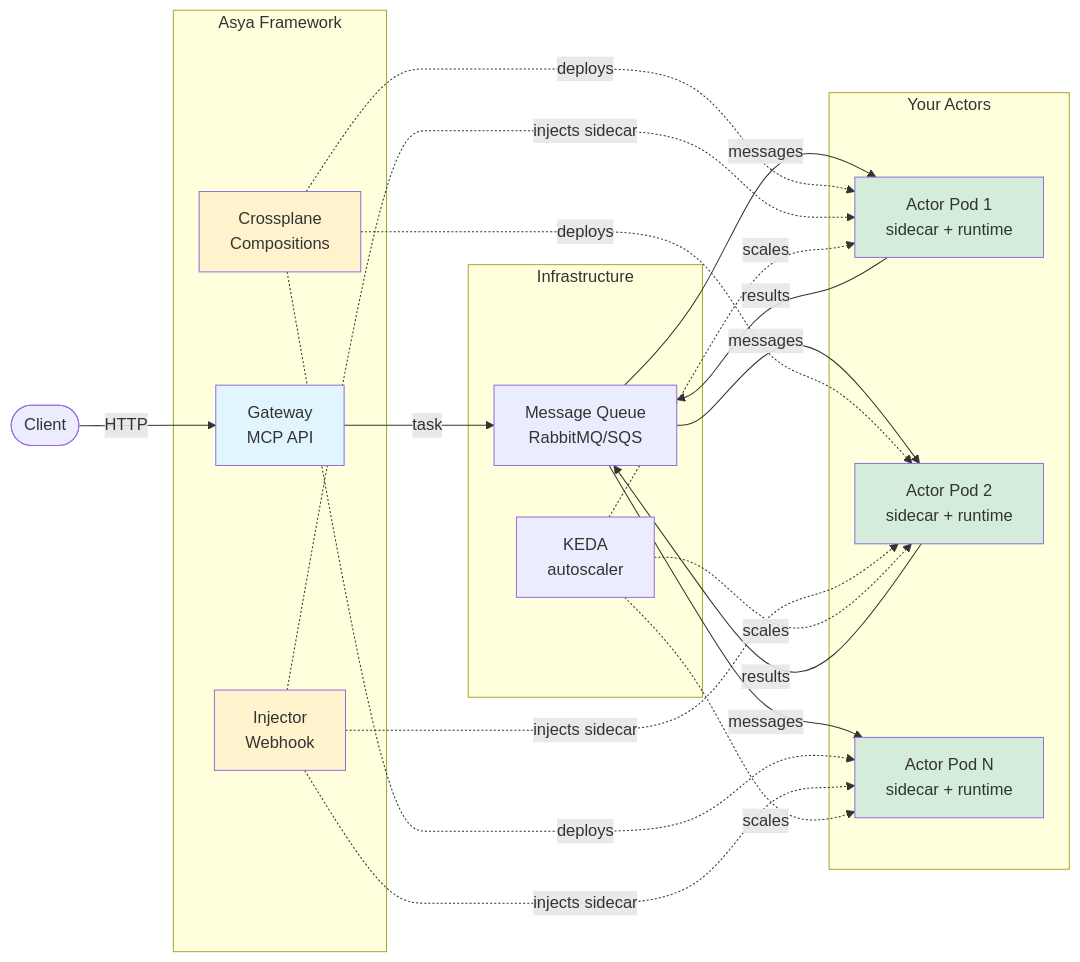
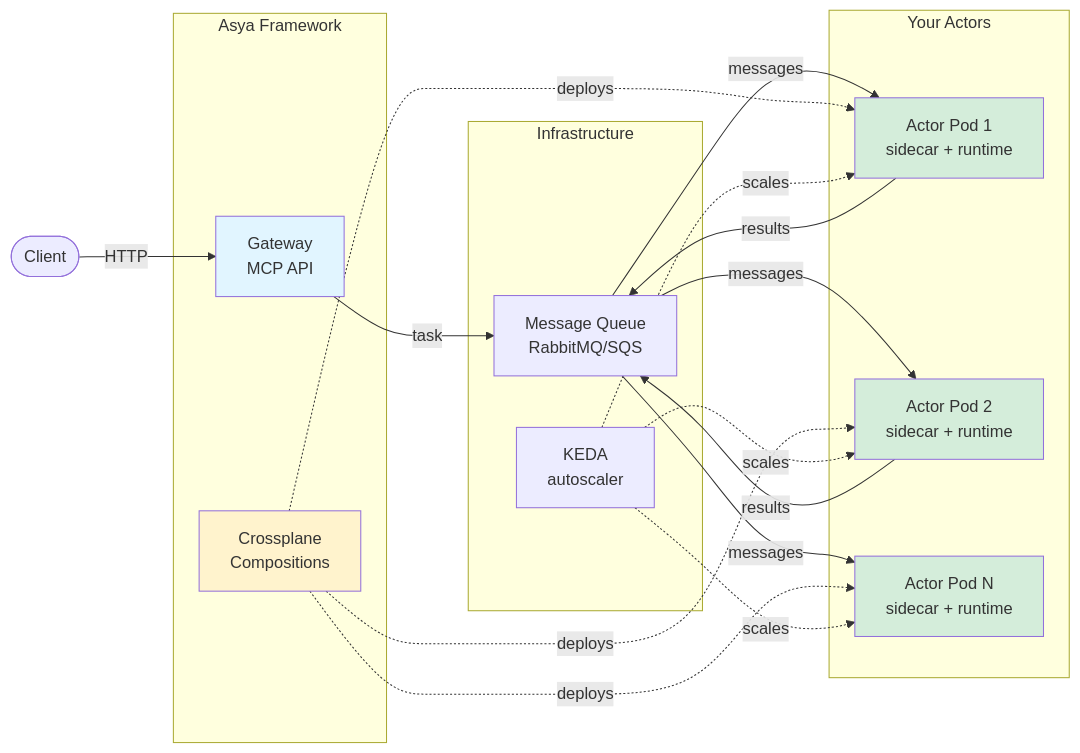
The diagram in docs/architecture/README.md (deliveryhero/asya), drawn with Mermaid before and after one commit. The commit also changed other lines of this file and 65 other files, not shown here.

````diff
--- a/docs/architecture/README.md
+++ b/docs/architecture/README.md
@@ -7,46 +7,41 @@
 ```mermaid
 graph LR
     Client([Client])
 
     subgraph "Asya Framework"
         Gateway[Gateway<br/>MCP API]
         Crossplane[Crossplane<br/>Compositions]
-        Injector[Injector<br/>Webhook]
     end
 
     subgraph "Your Actors"
         A1[Actor Pod 1<br/>sidecar + runtime]
         A2[Actor Pod 2<br/>sidecar + runtime]
         A3[Actor Pod N<br/>sidecar + runtime]
     end
 
     subgraph "Infrastructure"
         MQ[Message Queue<br/>RabbitMQ/SQS]
         KEDA[KEDA<br/>autoscaler]
     end
 
     Client -->|HTTP| Gateway
     Gateway -->|task| MQ
     MQ -->|messages| A1
     A1 -->|results| MQ
     MQ -->|messages| A2
     A2 -->|results| MQ
     MQ -->|messages| A3
 
     Crossplane -.->|deploys| A1
     Crossplane -.->|deploys| A2
     Crossplane -.->|deploys| A3
-    Injector -.->|injects sidecar| A1
-    Injector -.->|injects sidecar| A2
-    Injector -.->|injects sidecar| A3
     KEDA -.->|scales| A1
     KEDA -.->|scales| A2
     KEDA -.->|scales| A3
 
     style Gateway fill:#e1f5ff
     style Crossplane fill:#fff3cd
-    style Injector fill:#fff3cd
     style A1 fill:#d4edda
     style A2 fill:#d4edda
     style A3 fill:#d4edda
 ```
````
